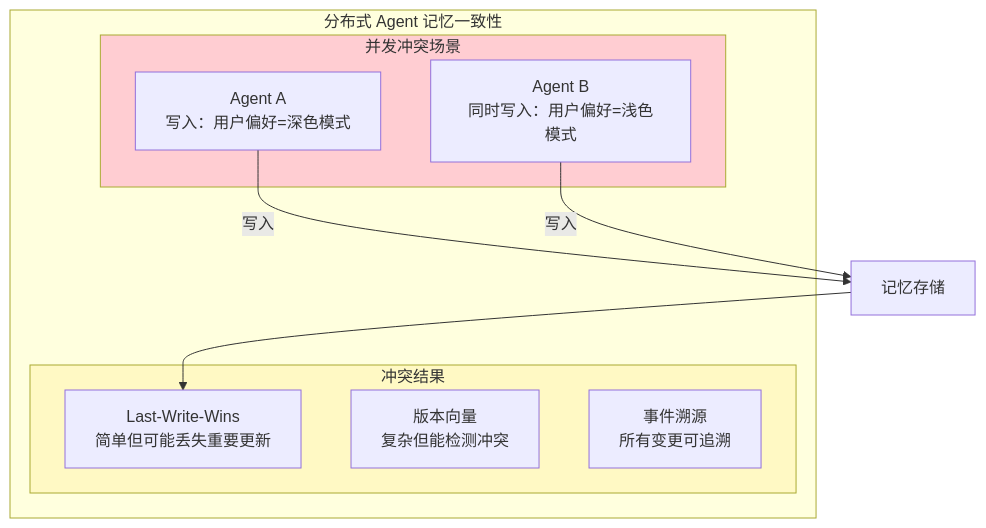
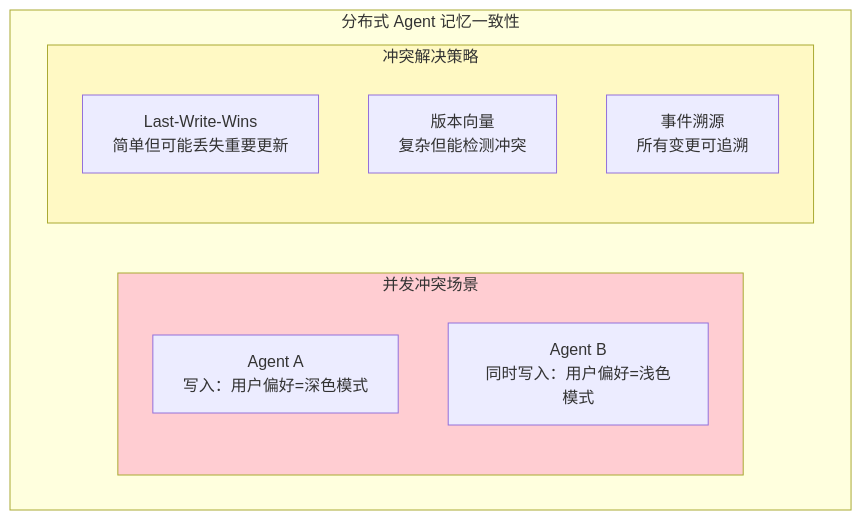
Diagram 12 of 20 in docs/前沿/05-Agent记忆前沿.md (UranusGit/java-agent-learn), drawn with Mermaid before and after one commit. The commit also changed other lines of this file and 15 other files, not shown here.

````diff
--- a/docs/前沿/05-Agent记忆前沿.md
+++ b/docs/前沿/05-Agent记忆前沿.md
@@ -247,22 +411,18 @@
 ```mermaid
 graph TB
     subgraph 一致性问题["分布式 Agent 记忆一致性"]
         subgraph 场景["并发冲突场景"]
             A1["Agent A<br/>写入：用户偏好=深色模式"]
             A2["Agent B<br/>同时写入：用户偏好=浅色模式"]
         end
 
-        subgraph 冲突["冲突结果"]
+        subgraph 冲突["冲突解决策略"]
             C1["Last-Write-Wins<br/>简单但可能丢失重要更新"]
             C2["版本向量<br/>复杂但能检测冲突"]
             C3["事件溯源<br/>所有变更可追溯"]
         end
     end
 
-    A1 -->|"写入"| STORE["记忆存储"]
-    A2 -->|"写入"| STORE
-    STORE --> C1
-
     style 场景 fill:#ffcdd2
     style 冲突 fill:#fff9c4
 ```
````
